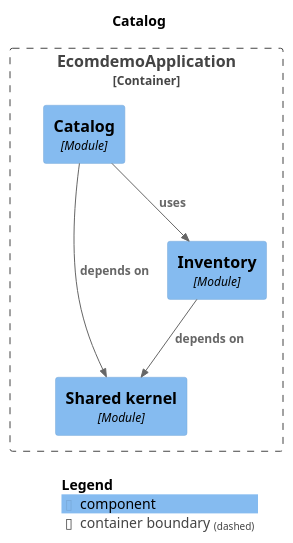
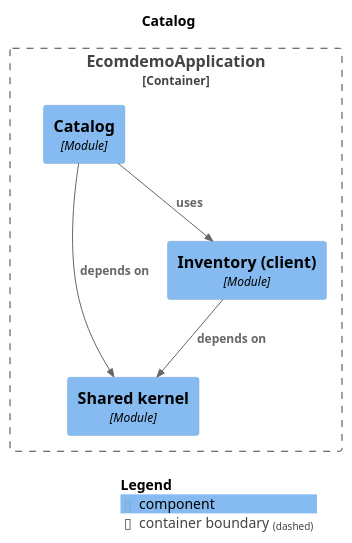
One commit to mr-sujay-patil/ecomdemo changed the diagram in docs/modules/module-catalog.puml. Above: the diagram before and after it, drawn with PlantUML. The commit also changed 19 other files, not shown here.

```diff
--- a/docs/modules/module-catalog.puml
+++ b/docs/modules/module-catalog.puml
@@ -1,22 +1,22 @@
 @startuml
 set separator none
 title Catalog
 
 top to bottom direction
 
 !include <C4/C4>
 !include <C4/C4_Context>
 !include <C4/C4_Component>
 
 Container_Boundary("EcomdemoApplication.EcomdemoApplication_boundary", "EcomdemoApplication", $tags="") {
   Component(EcomdemoApplication.EcomdemoApplication.Catalog, "Catalog", $techn="Module", $descr="", $tags="", $link="")
   Component(EcomdemoApplication.EcomdemoApplication.Sharedkernel, "Shared kernel", $techn="Module", $descr="", $tags="", $link="")
-  Component(EcomdemoApplication.EcomdemoApplication.Inventory, "Inventory", $techn="Module", $descr="", $tags="", $link="")
+  Component(EcomdemoApplication.EcomdemoApplication.Inventoryclient, "Inventory (client)", $techn="Module", $descr="", $tags="", $link="")
 }
 
-Rel(EcomdemoApplication.EcomdemoApplication.Catalog, EcomdemoApplication.EcomdemoApplication.Inventory, "uses", $techn="", $tags="", $link="")
+Rel(EcomdemoApplication.EcomdemoApplication.Catalog, EcomdemoApplication.EcomdemoApplication.Inventoryclient, "uses", $techn="", $tags="", $link="")
 Rel(EcomdemoApplication.EcomdemoApplication.Catalog, EcomdemoApplication.EcomdemoApplication.Sharedkernel, "depends on", $techn="", $tags="", $link="")
-Rel(EcomdemoApplication.EcomdemoApplication.Inventory, EcomdemoApplication.EcomdemoApplication.Sharedkernel, "depends on", $techn="", $tags="", $link="")
+Rel(EcomdemoApplication.EcomdemoApplication.Inventoryclient, EcomdemoApplication.EcomdemoApplication.Sharedkernel, "depends on", $techn="", $tags="", $link="")
 
 SHOW_LEGEND(true)
 @enduml
```
